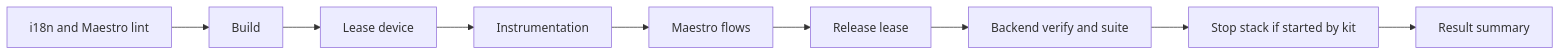
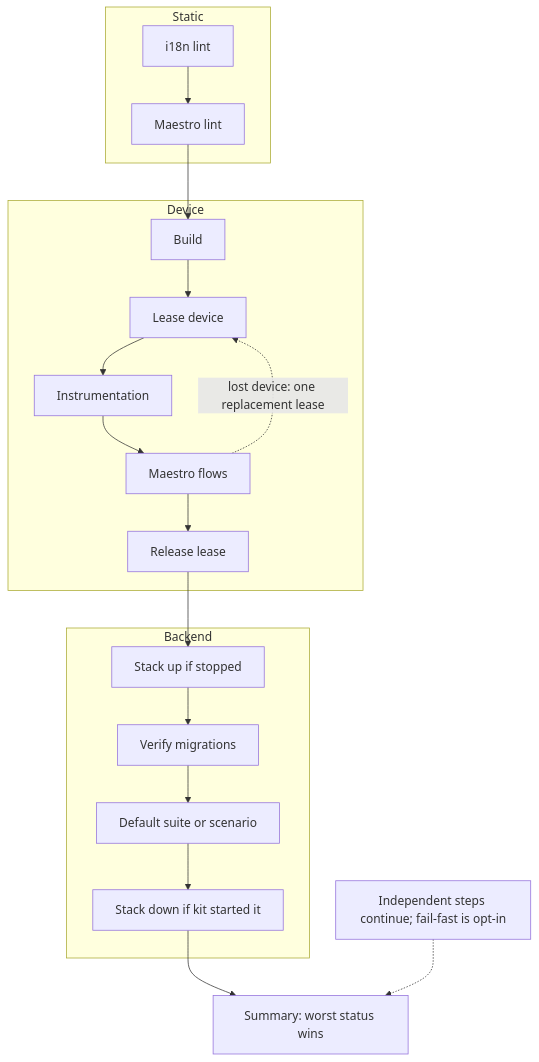
Before and after one commit to fridaysundaymood/android-kit: the second of 2 diagrams in README.md, drawn with Mermaid. The commit also changed other lines of this file and 1 other file, not shown here.

Commit message:
Add diagrams to README

````diff
--- a/README.md
+++ b/README.md
@@ -67,11 +78,22 @@
 ```mermaid
-flowchart LR
-  Lint["i18n and Maestro lint"] --> Build["Build"]
-  Build --> Lease["Lease device"]
-  Lease --> Tests["Instrumentation"]
-  Tests --> Flows["Maestro flows"]
-  Flows --> Release["Release lease"]
-  Release --> Backend["Backend verify and suite"]
-  Backend --> Down["Stop stack if started by kit"]
-  Down --> Summary["Result summary"]
+flowchart TB
+  subgraph Static["Static"]
+    I18n["i18n lint"] --> FlowLint["Maestro lint"]
+  end
+  subgraph Device["Device"]
+    Build["Build"] --> Lease["Lease device"]
+    Lease --> Tests["Instrumentation"]
+    Tests --> Flows["Maestro flows"]
+    Flows --> Release["Release lease"]
+    Flows -. "lost device: one replacement lease" .-> Lease
+  end
+  subgraph Backend["Backend"]
+    Up["Stack up if stopped"] --> Verify["Verify migrations"]
+    Verify --> Suite["Default suite or scenario"]
+    Suite --> Down["Stack down if kit started it"]
+  end
+  FlowLint --> Build
+  Release --> Up
+  Down --> Summary["Summary: worst status wins"]
+  Policy["Independent steps continue; fail-fast is opt-in"] -.-> Summary
 ```
````
